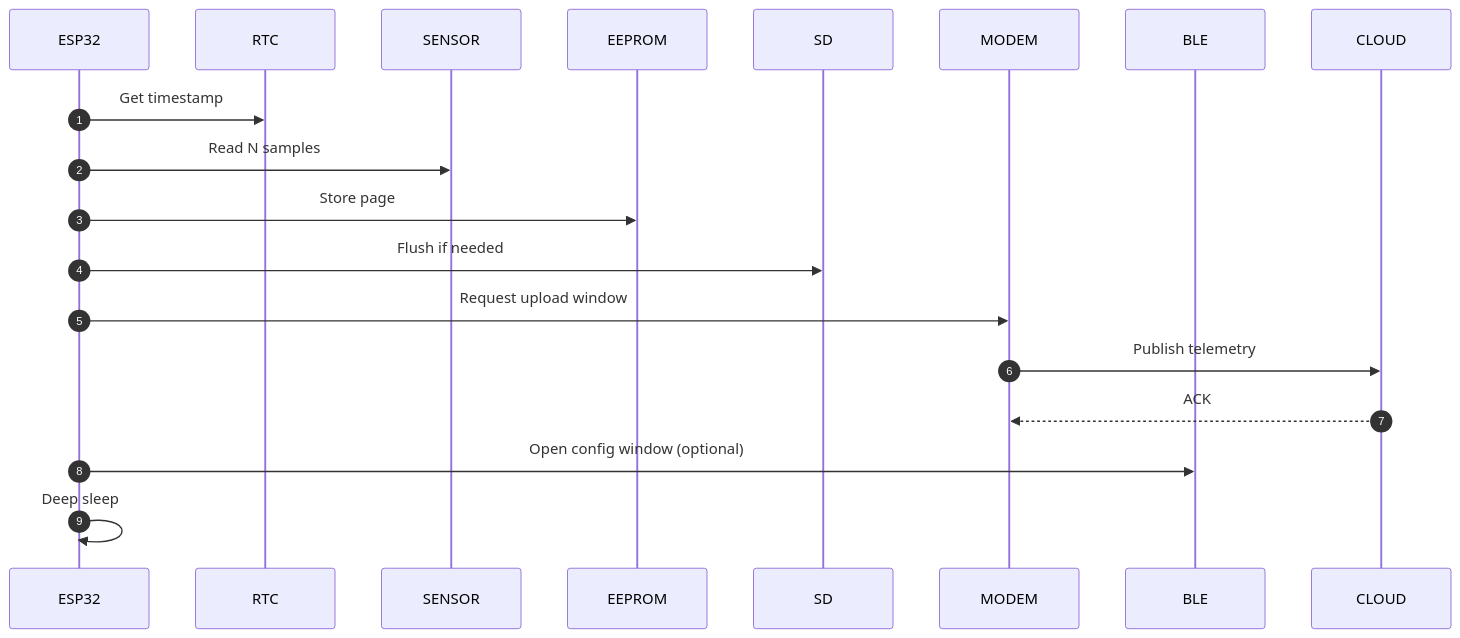
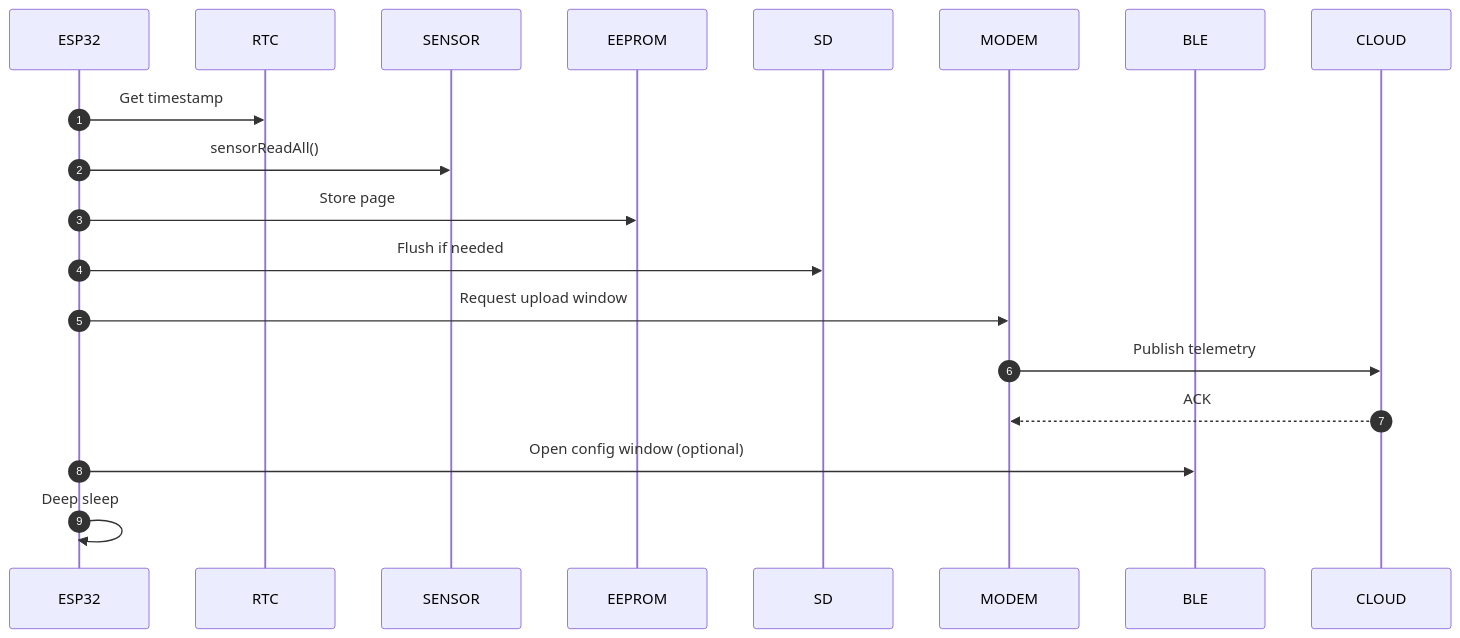
One commit to YetAnotherUser24/nodo-sensor-od changed the second of 2 diagrams in docs/ARCHITECTURE.md. Above: the diagram before and after it, drawn with Mermaid. The commit also changed other lines of this file and 18 other files, not shown here.

````diff
--- a/docs/ARCHITECTURE.md
+++ b/docs/ARCHITECTURE.md
@@ -320,22 +431,22 @@
 ```mermaid
 sequenceDiagram
     autonumber
     participant ESP32
     participant RTC
     participant SENSOR
     participant EEPROM
     participant SD
     participant MODEM
     participant BLE
     participant CLOUD
 
     ESP32->>RTC: Get timestamp
-    ESP32->>SENSOR: Read N samples
+    ESP32->>SENSOR: sensorReadAll()
     ESP32->>EEPROM: Store page
     ESP32->>SD: Flush if needed
     ESP32->>MODEM: Request upload window
     MODEM->>CLOUD: Publish telemetry
     CLOUD-->>MODEM: ACK
     ESP32->>BLE: Open config window (optional)
     ESP32->>ESP32: Deep sleep
 ```
````
